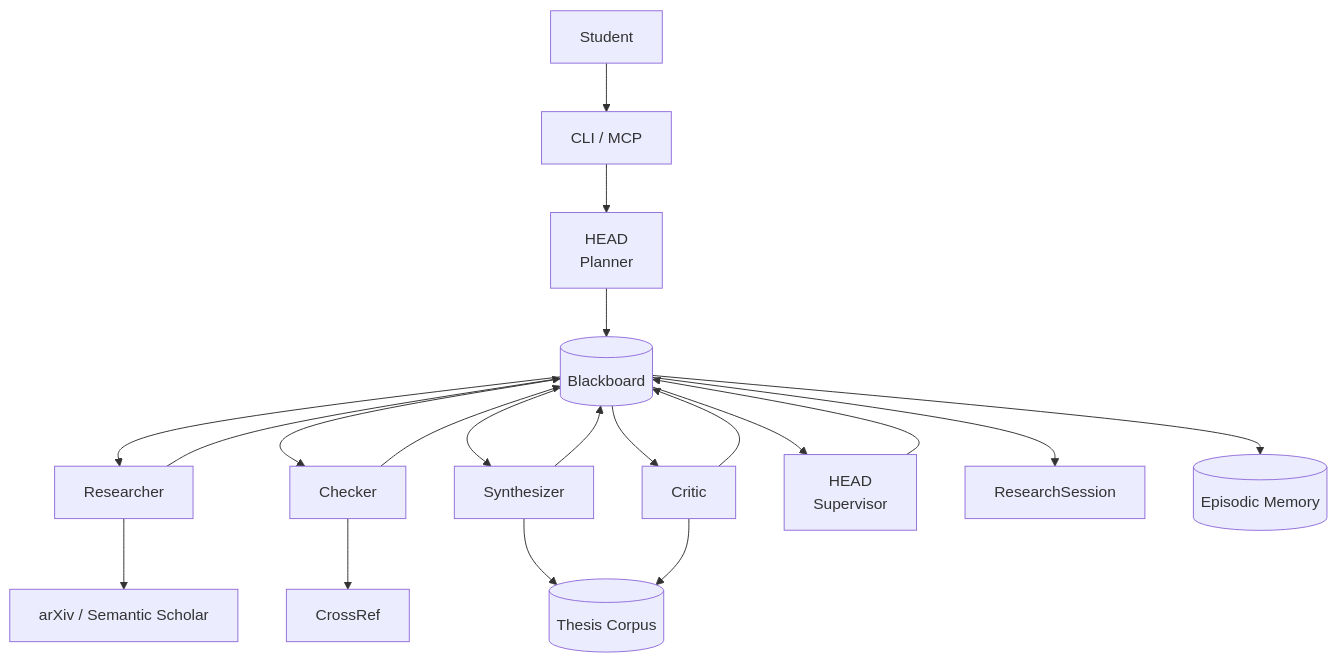
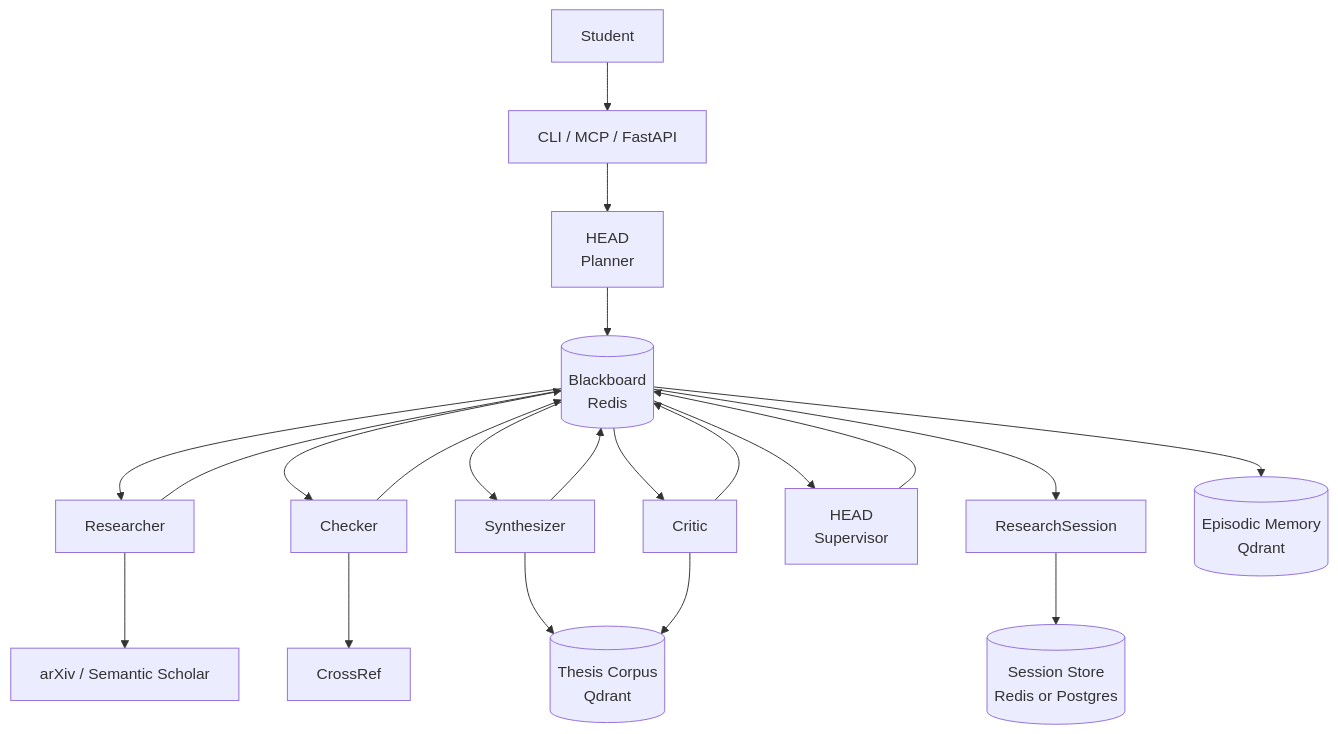
The diagram in docs/architecture.md (DavidHavoc/openworkers), drawn with Mermaid before and after one commit. The commit also changed other lines of this file and 4 other files, not shown here.

````diff
--- a/docs/architecture.md
+++ b/docs/architecture.md
@@ -5,18 +5,20 @@
 ```mermaid
 flowchart TD
-    A[Student] --> B["CLI / MCP"]
+    A[Student] --> B["CLI / MCP / FastAPI"]
     B --> C["HEAD<br/>Planner"]
-    C --> D[(Blackboard)]
+    C --> D[(Blackboard<br/>Redis)]
     D --> E["Researcher"] --> D
     D --> F["Checker"] --> D
     D --> G["Synthesizer"] --> D
     D --> H["Critic"] --> D
     D --> I["HEAD<br/>Supervisor"]
     I --> D
     D --> J["ResearchSession"]
 
     E --> T["arXiv / Semantic Scholar"]
     F --> X["CrossRef"]
-    G & H --> R[(Thesis Corpus)]
-    D --> M[(Episodic Memory)]
+    G --> R[(Thesis Corpus<br/>Qdrant)]
+    H --> R
+    D --> M[(Episodic Memory<br/>Qdrant)]
+    J --> S[(Session Store<br/>Redis or Postgres)]
 ```
````
